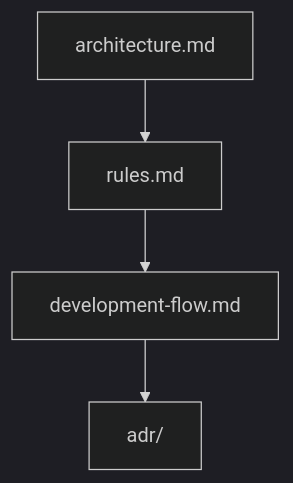
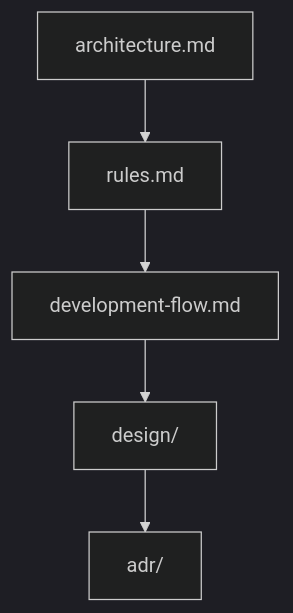
Before and after one commit to Tomy-ch/go-boilerplate: the second of 7 diagrams in docs/index.md, drawn with Mermaid (dark theme). The commit also changed other lines of this file and 1 other file, not shown here.

````diff
--- a/docs/index.md
+++ b/docs/index.md
@@ -31,4 +53,4 @@
 ```mermaid
 flowchart TB
-    A["architecture.md"] --> B["rules.md"] --> C["development-flow.md"] --> D["adr/"]
+    A["architecture.md"] --> B["rules.md"] --> C["development-flow.md"] --> D["design/"] --> E["adr/"]
 ```
````
